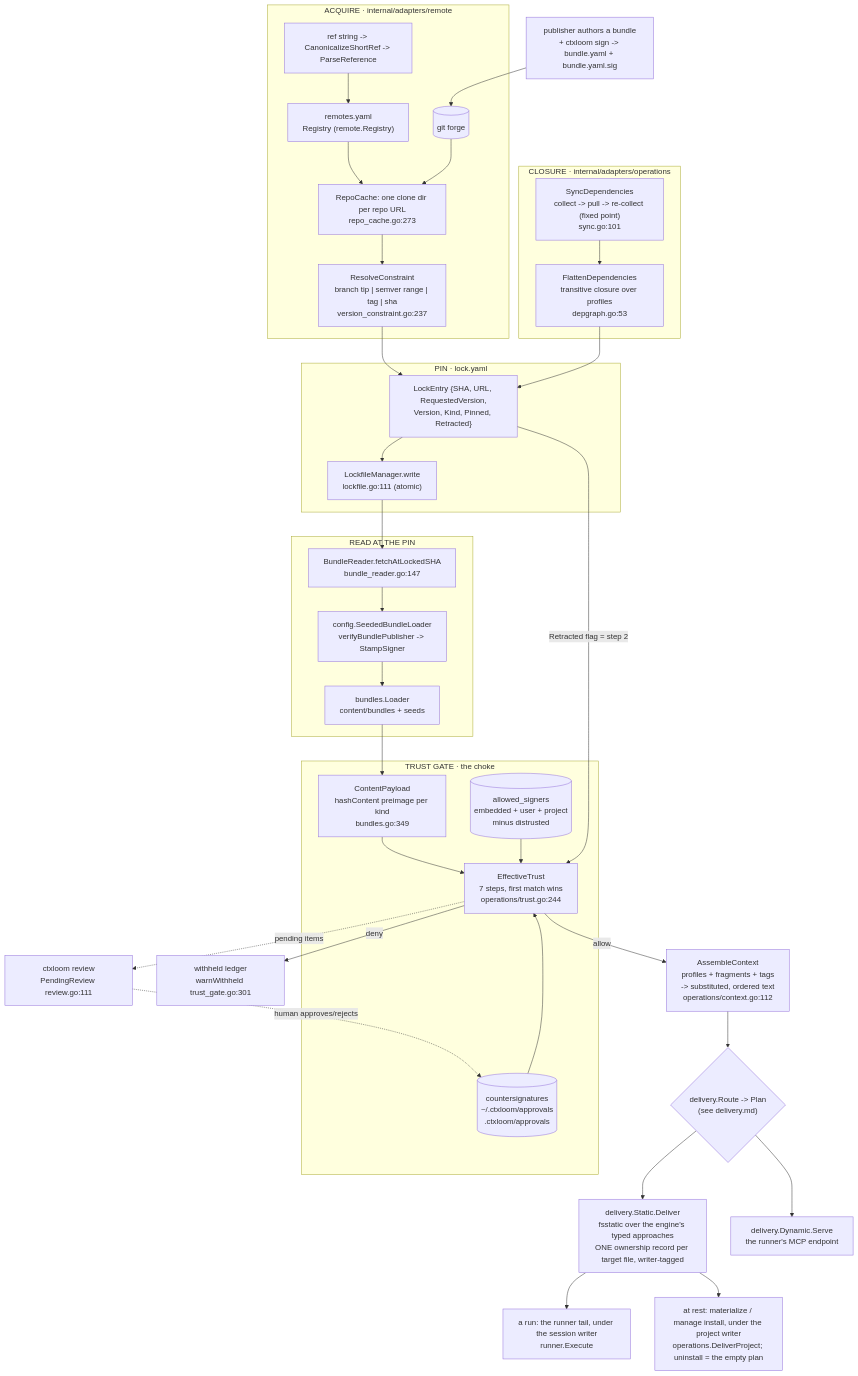
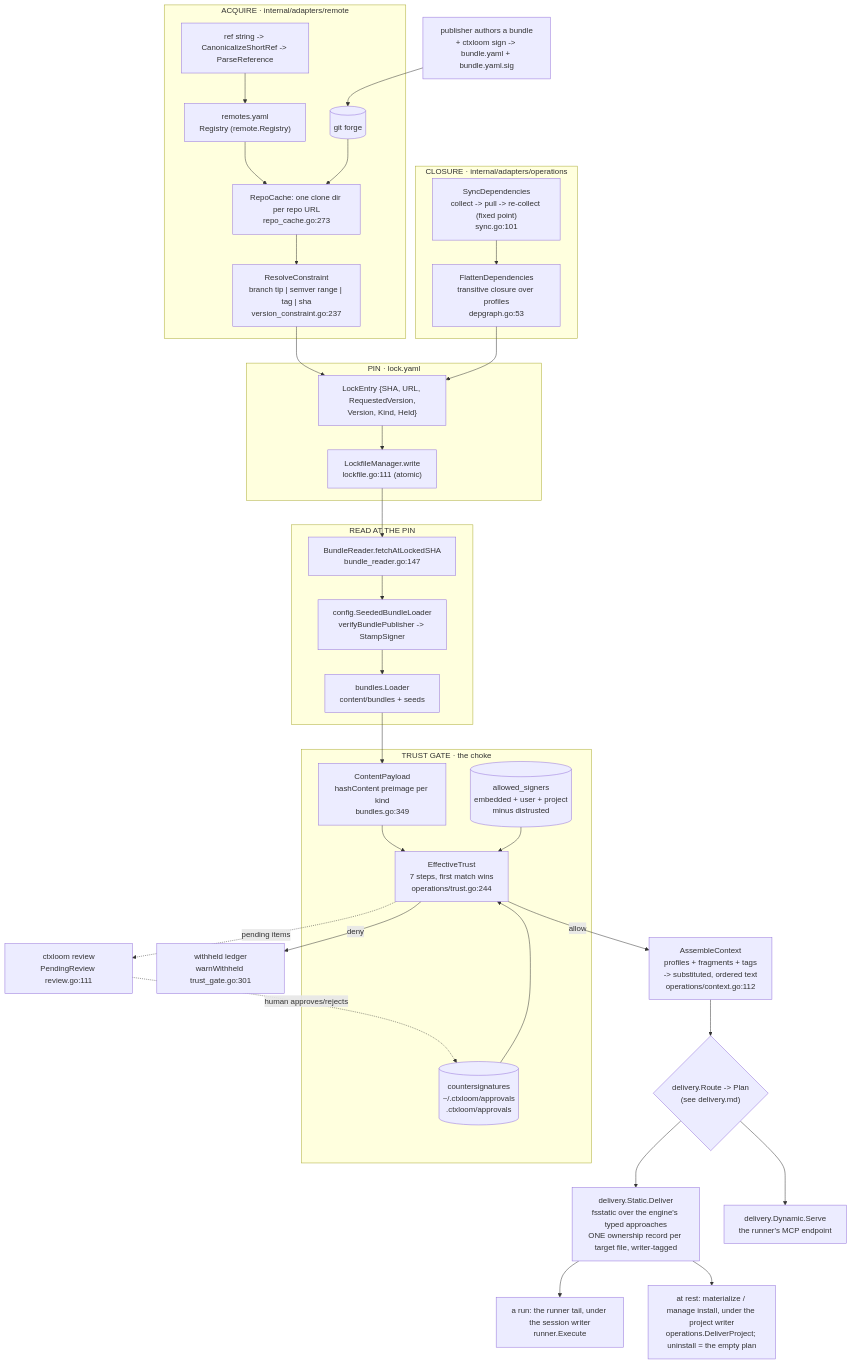
One commit to ctxloom/ctxloom changed the diagram in docs/architecture/core/README.md. Above: the diagram before and after it, drawn with Mermaid. The commit also changed other lines of this file and 166 other files, not shown here.

````diff
--- a/docs/architecture/core/README.md
+++ b/docs/architecture/core/README.md
@@ -34,57 +34,56 @@
 ```mermaid
 flowchart TD
     AUTHOR["publisher authors a bundle<br/>+ ctxloom sign -> bundle.yaml + bundle.yaml.sig"]
     AUTHOR --> FORGE[("git forge")]
 
     subgraph acquire["ACQUIRE · internal/adapters/remote"]
         REG["remotes.yaml<br/>Registry (remote.Registry)"]
         REF["ref string -> CanonicalizeShortRef -> ParseReference"]
         CACHE["RepoCache: one clone dir per repo URL<br/>repo_cache.go:273"]
         RESOLVE["ResolveConstraint<br/>branch tip | semver range | tag | sha<br/>version_constraint.go:237"]
         REF --> REG --> CACHE
         FORGE --> CACHE
         CACHE --> RESOLVE
     end
 
     subgraph pin["PIN · lock.yaml"]
-        LOCK["LockEntry {SHA, URL, RequestedVersion,<br/>Version, Kind, Pinned, Retracted}"]
+        LOCK["LockEntry {SHA, URL, RequestedVersion,<br/>Version, Kind, Held}"]
         WRITE["LockfileManager.write<br/>lockfile.go:111 (atomic)"]
         RESOLVE --> LOCK --> WRITE
     end
 
     subgraph closure["CLOSURE · internal/adapters/operations"]
         SYNC["SyncDependencies<br/>collect -> pull -> re-collect (fixed point)<br/>sync.go:101"]
         FLAT["FlattenDependencies<br/>transitive closure over profiles<br/>depgraph.go:53"]
         SYNC --> FLAT --> LOCK
     end
 
     subgraph read["READ AT THE PIN"]
         BR["BundleReader.fetchAtLockedSHA<br/>bundle_reader.go:147"]
         SEED["config.SeededBundleLoader<br/>verifyBundlePublisher -> StampSigner"]
         LOADER["bundles.Loader<br/>content/bundles + seeds"]
         WRITE --> BR --> SEED --> LOADER
     end
 
     subgraph gate["TRUST GATE · the choke"]
         PAY["ContentPayload<br/>hashContent preimage per kind<br/>bundles.go:349"]
         ET["EffectiveTrust<br/>7 steps, first match wins<br/>operations/trust.go:244"]
         RECS[("countersignatures<br/>~/.ctxloom/approvals<br/>.ctxloom/approvals")]
         ROOT[("allowed_signers<br/>embedded + user + project<br/>minus distrusted")]
         LOADER --> PAY --> ET
         RECS --> ET
         ROOT --> ET
-        LOCK -->|"Retracted flag = step 2"| ET
     end
 
     ET -->|deny| HELD["withheld ledger<br/>warnWithheld trust_gate.go:301"]
     ET -->|allow| ASM["AssembleContext<br/>profiles + fragments + tags<br/>-> substituted, ordered text<br/>operations/context.go:112"]
 
     ASM --> DELIVER{"delivery.Route -> Plan<br/>(see delivery.md)"}
     DELIVER --> STATIC["delivery.Static.Deliver<br/>fsstatic over the engine's typed approaches<br/>ONE ownership record per target file, writer-tagged"]
     STATIC --> RUN["a run: the runner tail, under the session writer<br/>runner.Execute"]
     STATIC --> MAT["at rest: materialize / manage install, under the project writer<br/>operations.DeliverProject; uninstall = the empty plan"]
     DELIVER --> DYN["delivery.Dynamic.Serve<br/>the runner's MCP endpoint"]
 
     REVIEW["ctxloom review<br/>PendingReview review.go:111"] -.->|"human approves/rejects"| RECS
     ET -.->|"pending items"| REVIEW
 ```
````
